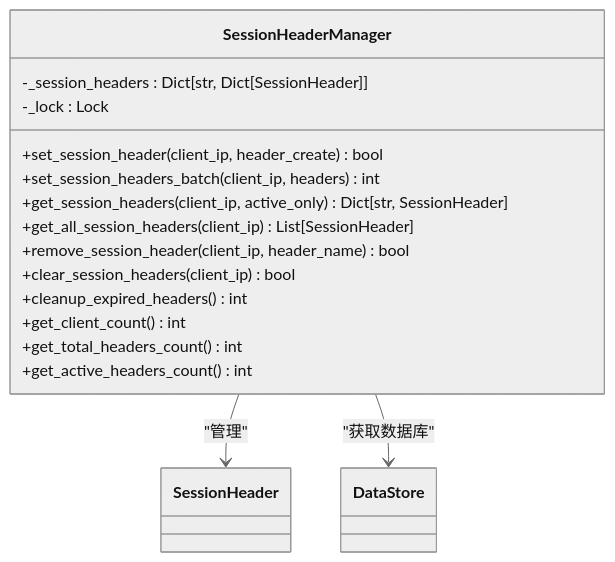
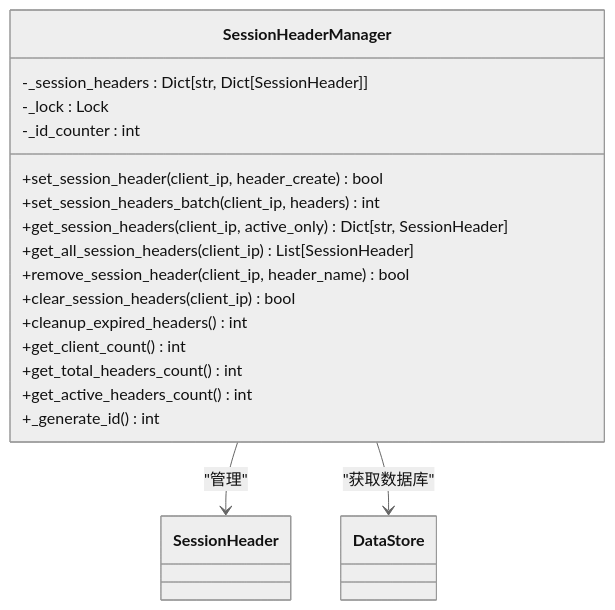
One commit to GitHubNull/sqlmapWebUI changed the second of 7 diagrams in .qoder/repowiki/zh/content/数据模型与数据库/会话头管理.md. Above: the diagram before and after it, drawn with Mermaid (neutral theme). The commit also changed other lines of this file and 6 other files, not shown here.

First line of the commit message:
docs(documentation): 添加配置管理、任务选项命令行视图及Burp Suite相关文档

````diff
--- a/.qoder/repowiki/zh/content/数据模型与数据库/会话头管理.md
+++ b/.qoder/repowiki/zh/content/数据模型与数据库/会话头管理.md
@@ -130,19 +177,21 @@
 ```mermaid
 classDiagram
 class SessionHeaderManager {
 -_session_headers : Dict[str, Dict[SessionHeader]]
 -_lock : Lock
+-_id_counter : int
 +set_session_header(client_ip, header_create) bool
 +set_session_headers_batch(client_ip, headers) int
 +get_session_headers(client_ip, active_only) Dict[str, SessionHeader]
 +get_all_session_headers(client_ip) List[SessionHeader]
 +remove_session_header(client_ip, header_name) bool
 +clear_session_headers(client_ip) bool
 +cleanup_expired_headers() int
 +get_client_count() int
 +get_total_headers_count() int
 +get_active_headers_count() int
++_generate_id() int
 }
 SessionHeaderManager --> SessionHeader : "管理"
 SessionHeaderManager --> DataStore : "获取数据库"
 ```
````
